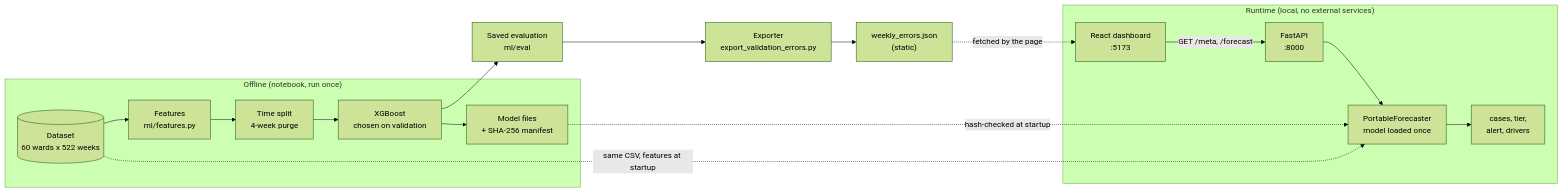
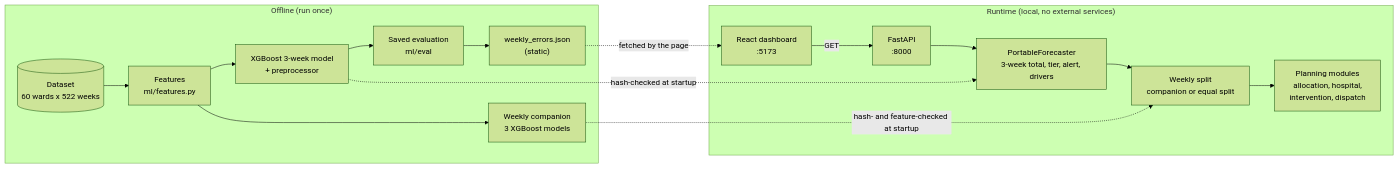
One commit to 0gguy/innovXaaa_ changed the diagram in ARCHITECTURE.md. Above: the diagram before and after it, drawn with Mermaid (forest theme). The commit also changed other lines of this file and 1 other file, not shown here.

Commit message:
docs: Update README and architecture for Phase 2

````diff
--- a/ARCHITECTURE.md
+++ b/ARCHITECTURE.md
@@ -12,20 +22,19 @@
 ```mermaid
 flowchart LR
-  subgraph PREP["Offline (notebook, run once)"]
+  subgraph PREP["Offline (run once)"]
     D[("Dataset<br/>60 wards x 522 weeks")] --> F["Features<br/>ml/features.py"]
-    F --> S["Time split<br/>4-week purge"]
-    S --> M["XGBoost<br/>chosen on validation"]
-    M --> A["Model files<br/>+ SHA-256 manifest"]
+    F --> M["XGBoost 3-week model<br/>+ preprocessor"]
+    F --> W["Weekly companion<br/>3 XGBoost models"]
+    M --> E["Saved evaluation<br/>ml/eval"]
+    E --> J["weekly_errors.json<br/>(static)"]
   end
-  M --> E["Saved evaluation<br/>ml/eval"]
-  E --> X["Exporter<br/>export_validation_errors.py"]
-  X --> J["weekly_errors.json<br/>(static)"]
   subgraph RUN["Runtime (local, no external services)"]
-    UI["React dashboard<br/>:5173"] -->|"GET /meta, /forecast"| API["FastAPI<br/>:8000"]
-    API --> P["PortableForecaster<br/>model loaded once"]
-    P --> O["cases, tier,<br/>alert, drivers"]
+    UI["React dashboard<br/>:5173"] -->|"GET"| API["FastAPI<br/>:8000"]
+    API --> P["PortableForecaster<br/>3-week total, tier, alert, drivers"]
+    P --> S["Weekly split<br/>companion or equal split"]
+    S --> PL["Planning modules<br/>allocation, hospital,<br/>intervention, dispatch"]
   end
-  A -.->|"hash-checked at startup"| P
-  D -.->|"same CSV, features at startup"| P
+  M -.->|"hash-checked at startup"| P
+  W -.->|"hash- and feature-checked at startup"| S
   J -.->|"fetched by the page"| UI
 ```
````
